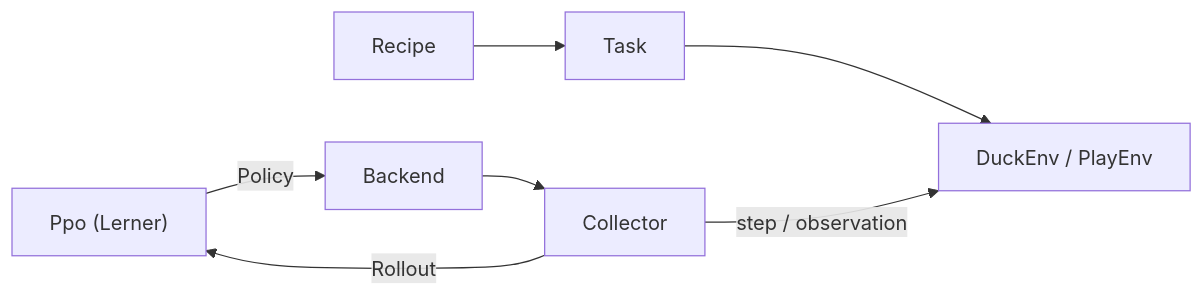
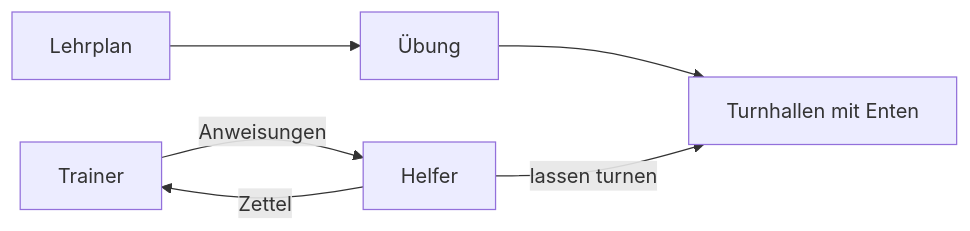
Before and after one commit to ChristianHohlfeld/kernengine.de: the first of 3 diagrams in kern/docs/buch-gruen/14-lehrer.md, drawn with Mermaid. The commit also changed other lines of this file and 22 other files, not shown here.

````diff
--- a/kern/docs/buch-gruen/14-lehrer.md
+++ b/kern/docs/buch-gruen/14-lehrer.md
@@ -48,9 +70,8 @@
 ```mermaid
 flowchart LR
-  R["Recipe"] --> T["Task"]
-  T --> E["DuckEnv / PlayEnv"]
-  P["Ppo (Lerner)"] -->|"Policy"| B["Backend"]
-  B --> C["Collector"]
-  C -->|"step / observation"| E
-  C -->|"Rollout"| P
+  L["Lehrplan"] --> U["Übung"]
+  U --> H["Turnhallen mit Enten"]
+  T["Trainer"] -->|"Anweisungen"| HE["Helfer"]
+  HE -->|"lassen turnen"| H
+  HE -->|"Zettel"| T
 ```
````
